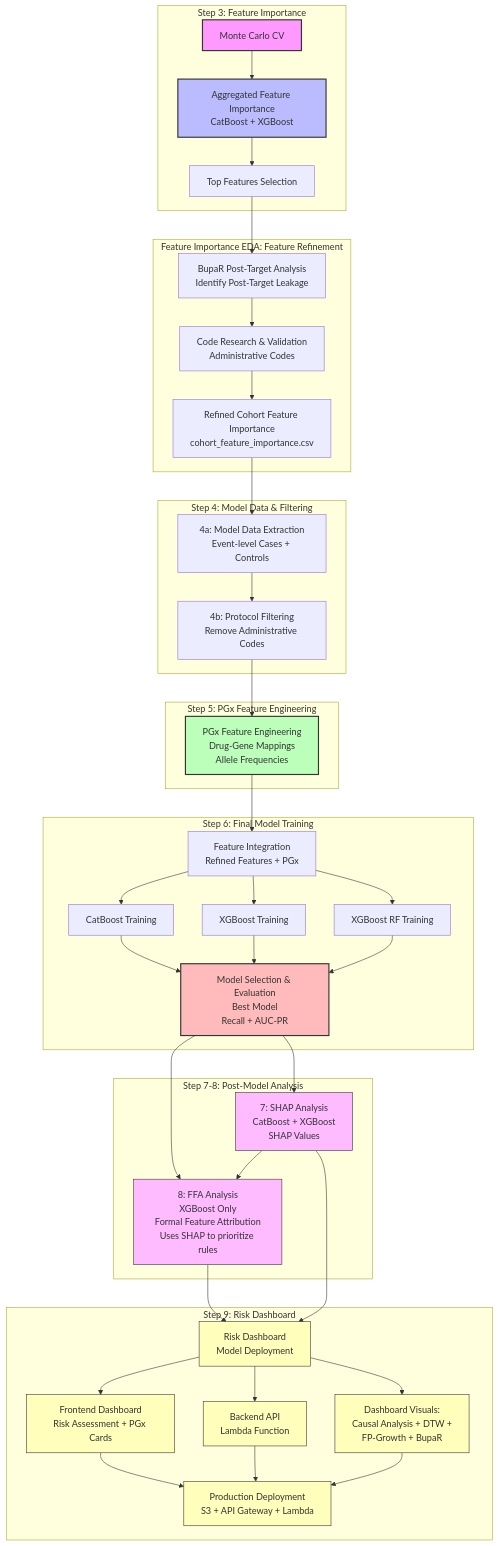
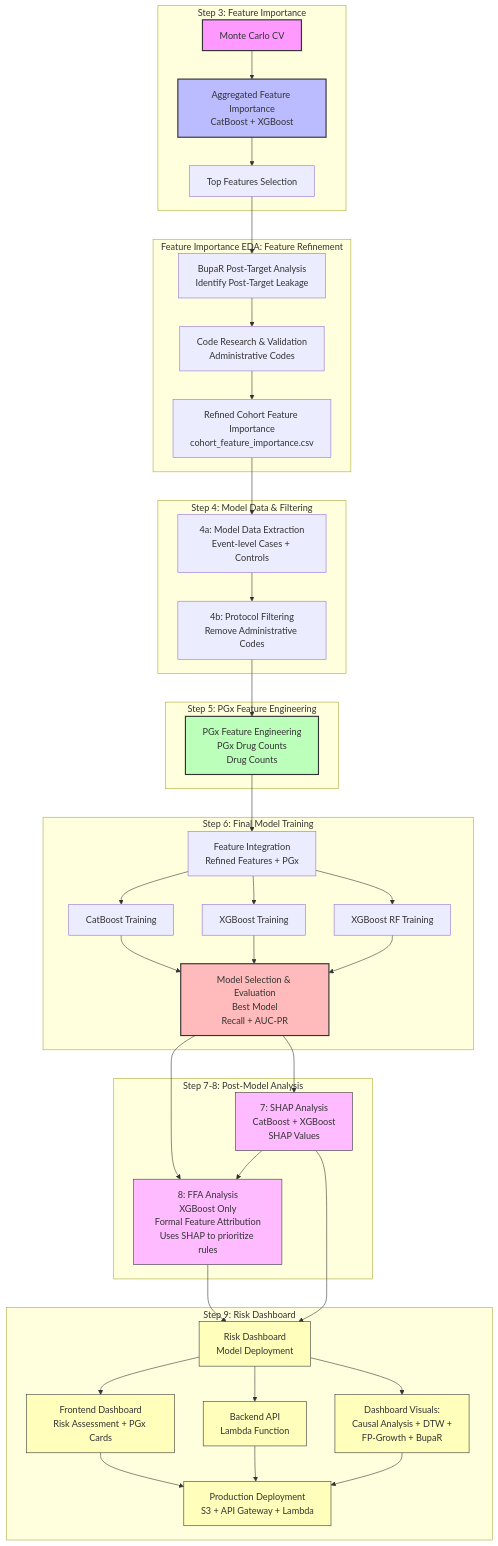
The diagram in docs/README_analysis_workflow.md (Jerome3590/pgx-analysis), drawn with Mermaid before and after one commit. The commit also changed 2 other files, not shown here.

Commit message:
Update mermaid charts: PGx Feature Engineering now shows 'PGx Drug Counts' and 'Drug Counts'
- Changed from 'Drug-Gene Mappings' and 'Allele Frequencies' to reflect actual implementation
- PGx Feature Engineering creates: pgx_num_drugs (all drugs) and pgx_num_cpic_drugs (CPIC drugs)
- Updated in README.md, docs/README_overview.md, and docs/README_analysis_workflow.md

````diff
--- a/docs/README_analysis_workflow.md
+++ b/docs/README_analysis_workflow.md
@@ -241,61 +241,61 @@
 ```mermaid
 flowchart TD
     subgraph "Step 3: Feature Importance"
         A[Monte Carlo CV] --> B[Aggregated Feature Importance<br/>CatBoost + XGBoost]
         B --> C[Top Features Selection]
     end
     
     subgraph "Feature Importance EDA: Feature Refinement"
         C --> C1[BupaR Post-Target Analysis<br/>Identify Post-Target Leakage]
         C1 --> C2[Code Research & Validation<br/>Administrative Codes]
         C2 --> C3[Refined Cohort Feature Importance<br/>cohort_feature_importance.csv]
     end
     
     subgraph "Step 4: Model Data & Filtering"
         C3 --> D[4a: Model Data Extraction<br/>Event-level Cases + Controls]
         D --> E[4b: Protocol Filtering<br/>Remove Administrative Codes]
     end
     
     subgraph "Step 5: PGx Feature Engineering"
-        E --> F[PGx Feature Engineering<br/>Drug-Gene Mappings<br/>Allele Frequencies]
+        E --> F[PGx Feature Engineering<br/>PGx Drug Counts<br/>Drug Counts]
     end
     
     subgraph "Step 6: Final Model Training"
         F --> G[Feature Integration<br/>Refined Features + PGx]
         G --> H[CatBoost Training]
         G --> I[XGBoost Training]
         G --> I2[XGBoost RF Training]
         H --> J[Model Selection & Evaluation<br/>Best Model<br/>Recall + AUC-PR]
         I --> J
         I2 --> J
     end
     
     subgraph "Step 7-8: Post-Model Analysis"
         J --> K[7: SHAP Analysis<br/>CatBoost + XGBoost<br/>SHAP Values]
         J --> L[8: FFA Analysis<br/>XGBoost Only<br/>Formal Feature Attribution<br/>Uses SHAP to prioritize rules]
         K --> L
     end
     
     subgraph "Step 9: Risk Dashboard"
         L --> N[Risk Dashboard<br/>Model Deployment]
         K --> N
         N --> N1[Frontend Dashboard<br/>Risk Assessment + PGx Cards]
         N --> N2[Backend API<br/>Lambda Function]
         N --> N3[Dashboard Visuals:<br/>Causal Analysis + DTW +<br/>FP-Growth + BupaR]
         N1 --> N4[Production Deployment<br/>S3 + API Gateway + Lambda]
         N2 --> N4
         N3 --> N4
     end
     
     style A fill:#f9f,stroke:#333,stroke-width:2px
     style B fill:#bbf,stroke:#333,stroke-width:2px
     style F fill:#bfb,stroke:#333,stroke-width:2px
     style J fill:#fbb,stroke:#333,stroke-width:2px
     style K fill:#fbf,stroke:#333,stroke-width:2px    %% SHAP Analysis
     style L fill:#fbf,stroke:#333,stroke-width:2px    %% FFA Analysis
     style N fill:#ffb,stroke:#333,stroke-width:2px    %% Risk Dashboard
     style N1 fill:#ffb,stroke:#333,stroke-width:2px    %% Frontend
     style N2 fill:#ffb,stroke:#333,stroke-width:2px    %% Backend
     style N3 fill:#ffb,stroke:#333,stroke-width:2px    %% Visualizations
     style N4 fill:#ffb,stroke:#333,stroke-width:2px    %% Deployment
 ```
````
